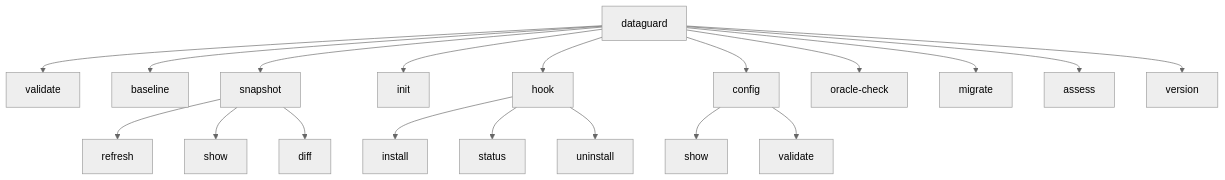
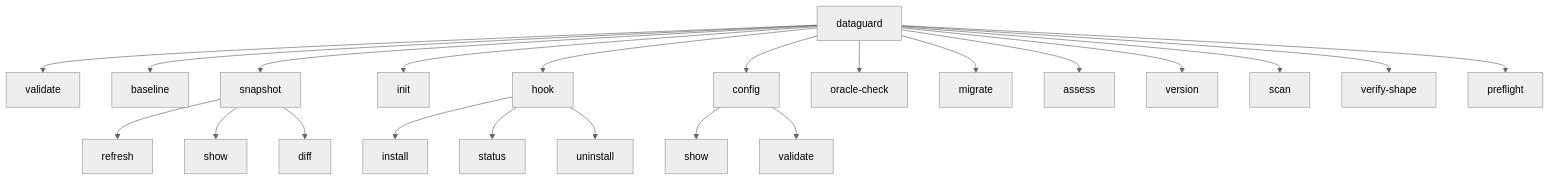
Before and after one commit to thanhnt-sm/eco_support_net_oracle: the diagram in docs/03-components/tooling/cli.md, drawn with Mermaid (neutral theme). The commit also changed other lines of this file and 62 other files, not shown here.

````diff
--- a/docs/03-components/tooling/cli.md
+++ b/docs/03-components/tooling/cli.md
@@ -7,24 +7,27 @@
 ```mermaid
 graph TB
     ROOT[dataguard] --> V[validate]
     ROOT --> B[baseline]
     ROOT --> S[snapshot]
     ROOT --> I[init]
     ROOT --> H[hook]
     ROOT --> C[config]
     ROOT --> OC[oracle-check]
     ROOT --> M[migrate]
     ROOT --> A[assess]
     ROOT --> VER[version]
+    ROOT --> SC[scan]
+    ROOT --> VS[verify-shape]
+    ROOT --> PF[preflight]
 
     S --> SR[refresh]
     S --> SS[show]
     S --> SD[diff]
 
     C --> CS[show]
     C --> CV[validate]
 
     H --> HI[install]
     H --> HS[status]
     H --> HU[uninstall]
 ```
````
